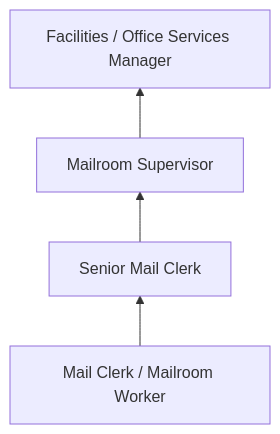
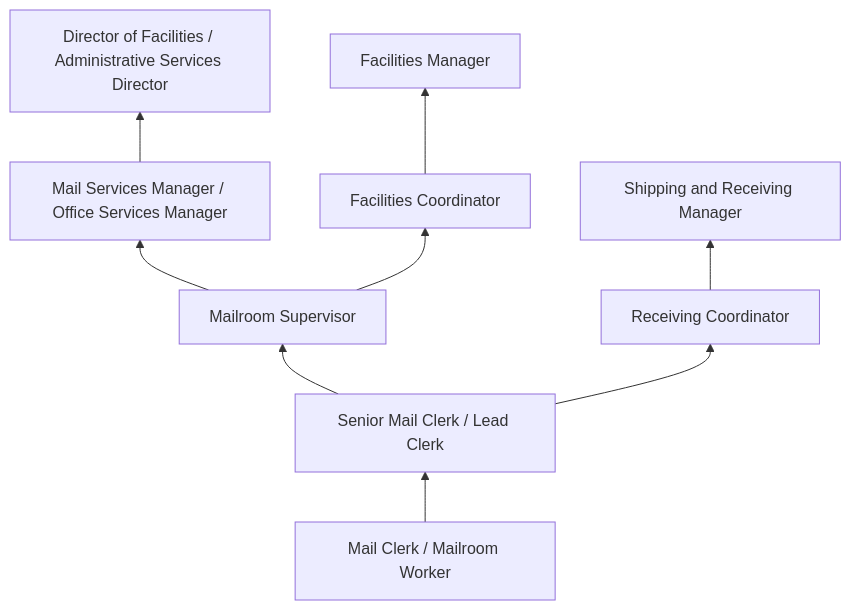
Before and after one commit to kziemski/business.org.ai: the third of 4 diagrams in occupations/Administrative/MailClerksAndMailMachineOperatorsExceptPostalService.mdx, drawn with Mermaid. The commit also changed other lines of this file and 19 other files, not shown here.

````diff
--- a/occupations/Administrative/MailClerksAndMailMachineOperatorsExceptPostalService.mdx
+++ b/occupations/Administrative/MailClerksAndMailMachineOperatorsExceptPostalService.mdx
@@ -74,6 +135,13 @@
 ```mermaid
 graph BT
-    Entry["Mail Clerk / Mailroom Worker"] --> Mid["Senior Mail Clerk"]
+    Entry["Mail Clerk / Mailroom Worker"] --> Mid["Senior Mail Clerk / Lead Clerk"]
     Mid --> Supervisor["Mailroom Supervisor"]
-    Supervisor --> Manager["Facilities / Office Services Manager"]
+    Supervisor --> Manager["Mail Services Manager / Office Services Manager"]
+    Manager --> Director["Director of Facilities / Administrative Services Director"]
+
+    Mid --> Receiving["Receiving Coordinator"]
+    Receiving --> Shipping["Shipping and Receiving Manager"]
+
+    Supervisor --> Facilities["Facilities Coordinator"]
+    Facilities --> FacilitiesMgr["Facilities Manager"]
 ```
````
